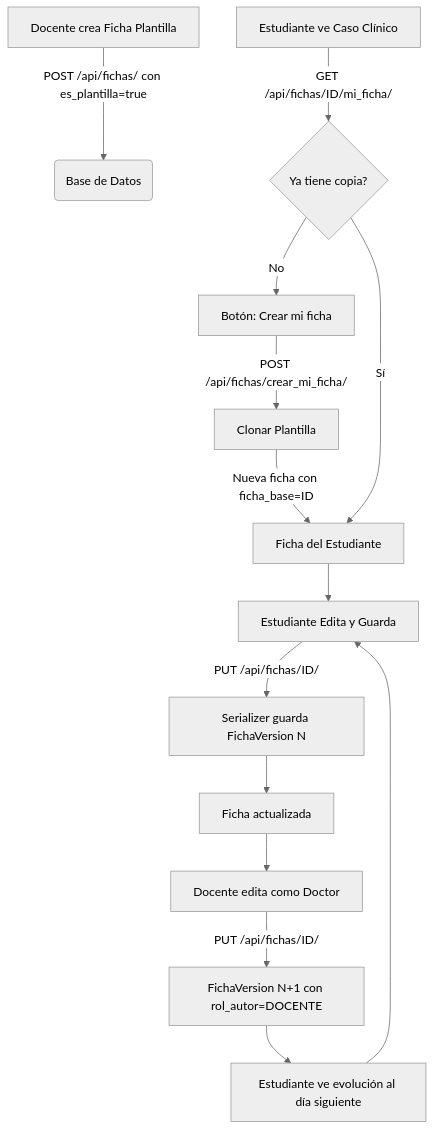
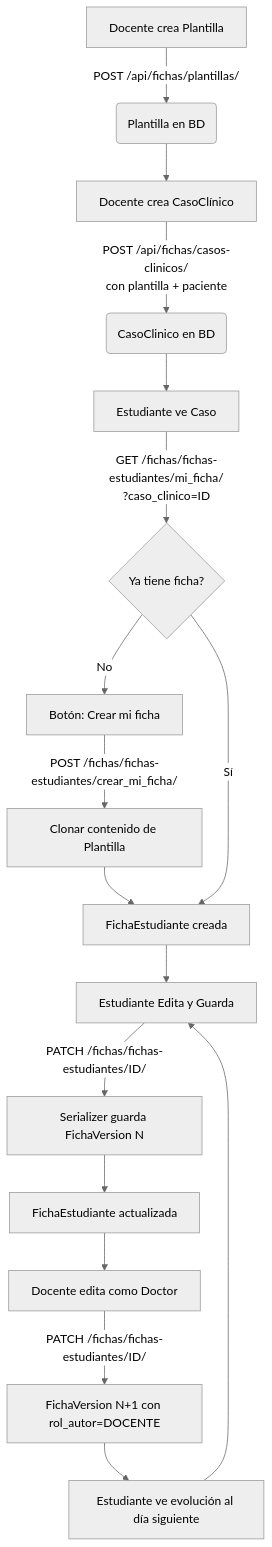
One commit to castrometro/SALUD-UDP changed the diagram in Docs/documentacion del sistema/workflows.md. Above: the diagram before and after it, drawn with Mermaid (neutral theme). The commit also changed other lines of this file and 9 other files, not shown here.

````diff
--- a/Docs/documentacion del sistema/workflows.md
+++ b/Docs/documentacion del sistema/workflows.md
@@ -7,16 +20,19 @@
 ```mermaid
 graph TD
-    A[Docente crea Ficha Plantilla] -->|POST /api/fichas/ con es_plantilla=true| B(Base de Datos)
-    C[Estudiante ve Caso Clínico] -->|GET /api/fichas/ID/mi_ficha/| D{Ya tiene copia?}
-    D -- No --> E[Botón: Crear mi ficha]
-    E -->|POST /api/fichas/crear_mi_ficha/| F[Clonar Plantilla]
-    F -->|Nueva ficha con ficha_base=ID| G[Ficha del Estudiante]
-    D -- Sí --> G
-    G --> H[Estudiante Edita y Guarda]
-    H -->|PUT /api/fichas/ID/| I[Serializer guarda FichaVersion N]
-    I --> J[Ficha actualizada]
-    J --> K[Docente edita como Doctor]
-    K -->|PUT /api/fichas/ID/| L[FichaVersion N+1 con rol_autor=DOCENTE]
-    L --> M[Estudiante ve evolución al día siguiente]
-    M --> H
+    A[Docente crea Plantilla] -->|POST /api/fichas/plantillas/| B(Plantilla en BD)
+    B --> C[Docente crea CasoClínico]
+    C -->|POST /api/fichas/casos-clinicos/\ncon plantilla + paciente| D(CasoClinico en BD)
+    D --> E[Estudiante ve Caso]
+    E -->|GET /fichas/fichas-estudiantes/mi_ficha/\n?caso_clinico=ID| F{Ya tiene ficha?}
+    F -- No --> G[Botón: Crear mi ficha]
+    G -->|POST /fichas/fichas-estudiantes/crear_mi_ficha/| H[Clonar contenido de Plantilla]
+    H --> I[FichaEstudiante creada]
+    F -- Sí --> I
+    I --> J[Estudiante Edita y Guarda]
+    J -->|PATCH /fichas/fichas-estudiantes/ID/| K[Serializer guarda FichaVersion N]
+    K --> L[FichaEstudiante actualizada]
+    L --> M[Docente edita como Doctor]
+    M -->|PATCH /fichas/fichas-estudiantes/ID/| N[FichaVersion N+1 con rol_autor=DOCENTE]
+    N --> O[Estudiante ve evolución al día siguiente]
+    O --> J
 ```
````
